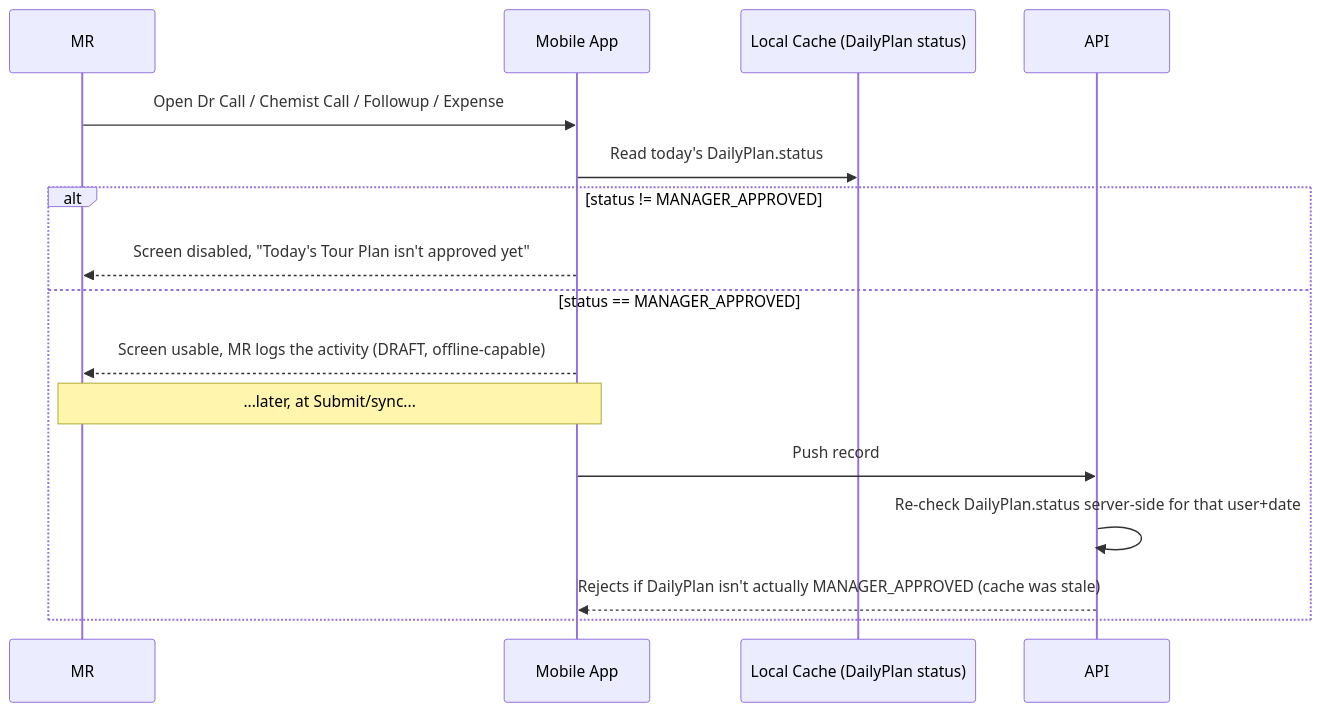
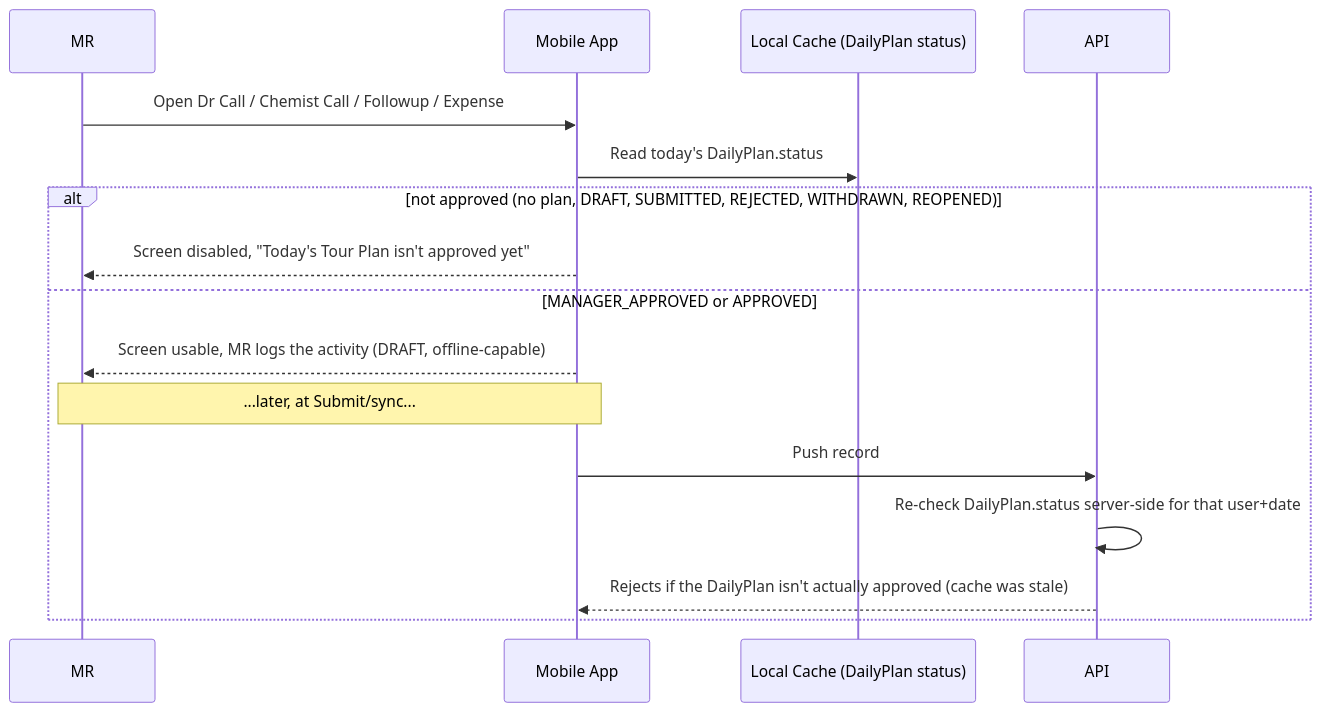
The first of 2 diagrams in docs/hld/10-submission-gating-and-compliance-block.md (reboot-ai-private-limited/greynote), drawn with Mermaid before and after one commit. The commit also changed other lines of this file and 4 other files, not shown here.

````diff
--- a/docs/hld/10-submission-gating-and-compliance-block.md
+++ b/docs/hld/10-submission-gating-and-compliance-block.md
@@ -9,19 +12,19 @@
 ```mermaid
 sequenceDiagram
     participant MR
     participant App as Mobile App
     participant Cache as Local Cache (DailyPlan status)
     participant API
 
     MR->>App: Open Dr Call / Chemist Call / Followup / Expense
     App->>Cache: Read today's DailyPlan.status
-    alt status != MANAGER_APPROVED
+    alt not approved (no plan, DRAFT, SUBMITTED, REJECTED, WITHDRAWN, REOPENED)
         App-->>MR: Screen disabled, "Today's Tour Plan isn't approved yet"
-    else status == MANAGER_APPROVED
+    else MANAGER_APPROVED or APPROVED
         App-->>MR: Screen usable, MR logs the activity (DRAFT, offline-capable)
         Note over MR,App: ...later, at Submit/sync...
         App->>API: Push record
         API->>API: Re-check DailyPlan.status server-side for that user+date
-        API-->>App: Rejects if DailyPlan isn't actually MANAGER_APPROVED (cache was stale)
+        API-->>App: Rejects if the DailyPlan isn't actually approved (cache was stale)
     end
 ```
````
